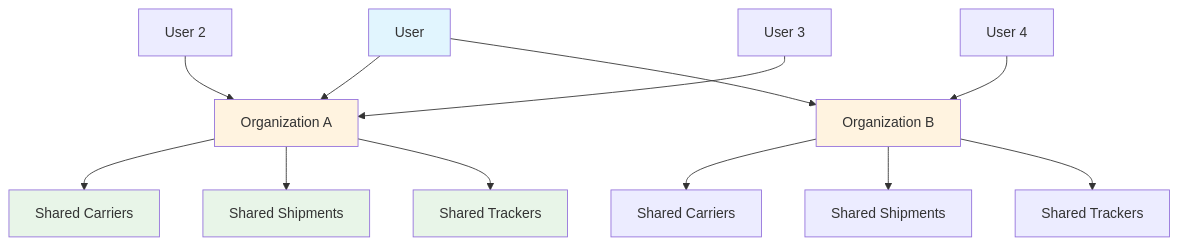
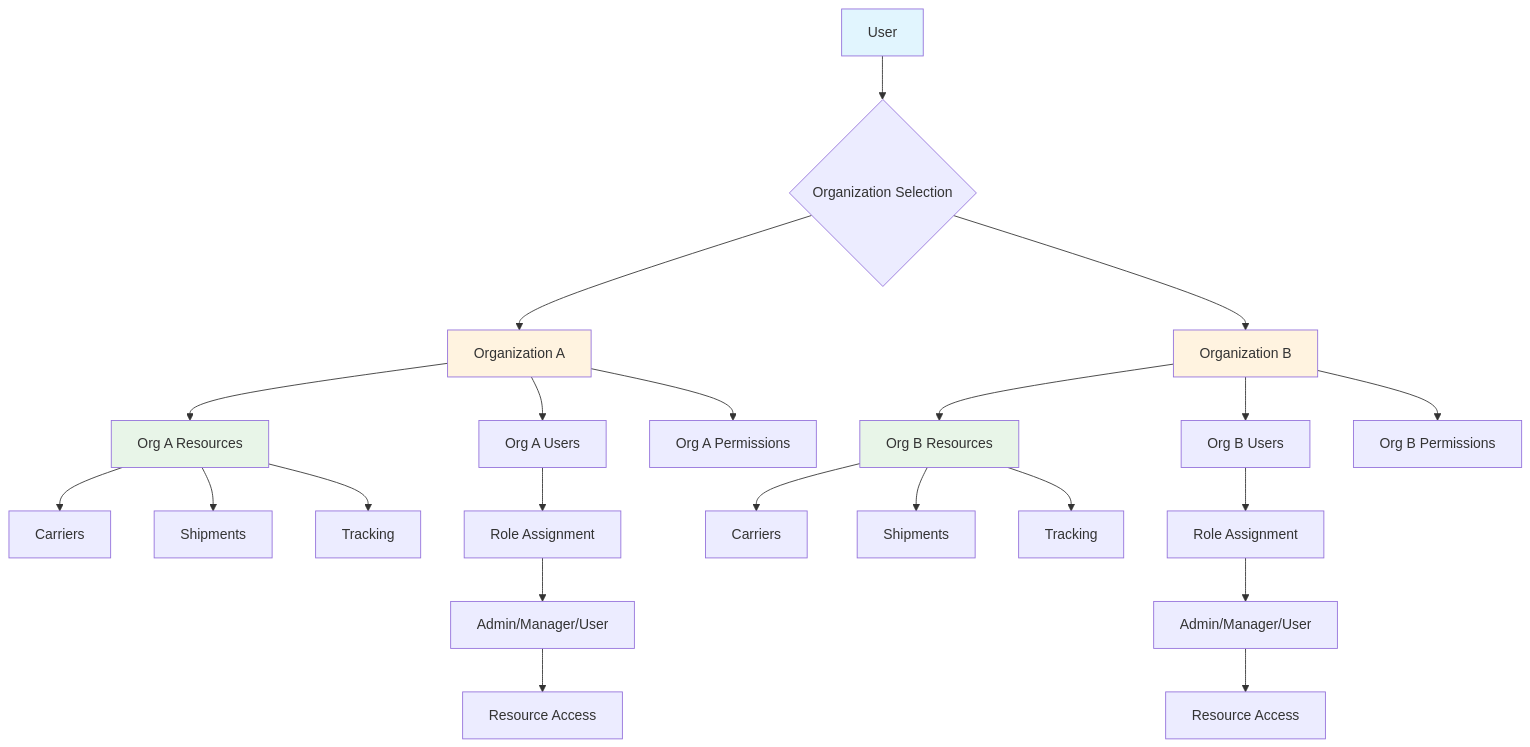
Before and after one commit to karrioapi/karrio: the diagram in apps/web/src/app/docs/products/multi-orgs/page.mdx, drawn with Mermaid. The commit also changed other lines of this file and 27 other files, not shown here.

````diff
--- a/apps/web/src/app/docs/products/multi-orgs/page.mdx
+++ b/apps/web/src/app/docs/products/multi-orgs/page.mdx
@@ -28,24 +62,37 @@
 ```mermaid
 flowchart TD
-    A[User] --> B[Organization A]
-    A --> C[Organization B]
+    A[User] --> B{Organization Selection}
+    B --> C[Organization A]
+    B --> D[Organization B]
 
-    D[User 2] --> B
-    E[User 3] --> B
-    F[User 4] --> C
+    C --> E[Org A Resources]
+    C --> F[Org A Users]
+    C --> G[Org A Permissions]
 
-    B --> G[Shared Carriers]
-    B --> H[Shared Shipments]
-    B --> I[Shared Trackers]
+    D --> H[Org B Resources]
+    D --> I[Org B Users]
+    D --> J[Org B Permissions]
 
-    C --> J[Shared Carriers]
-    C --> K[Shared Shipments]
-    C --> L[Shared Trackers]
+    E --> K[Carriers]
+    E --> L[Shipments]
+    E --> M[Tracking]
+
+    H --> N[Carriers]
+    H --> O[Shipments]
+    H --> P[Tracking]
+
+    F --> Q[Role Assignment]
+    I --> R[Role Assignment]
+
+    Q --> S[Admin/Manager/User]
+    R --> T[Admin/Manager/User]
+
+    S --> U[Resource Access]
+    T --> V[Resource Access]
 
     style A fill:#e1f5fe
-    style B fill:#fff3e0
     style C fill:#fff3e0
-    style G fill:#e8f5e8
+    style D fill:#fff3e0
+    style E fill:#e8f5e8
     style H fill:#e8f5e8
-    style I fill:#e8f5e8
 ```
````
